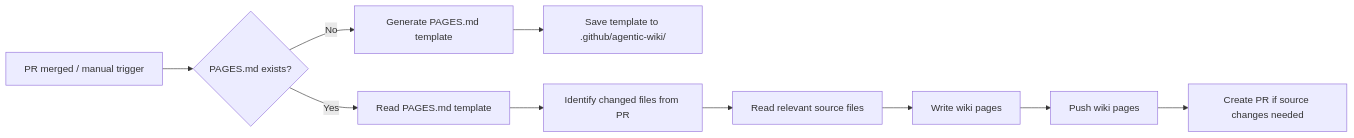
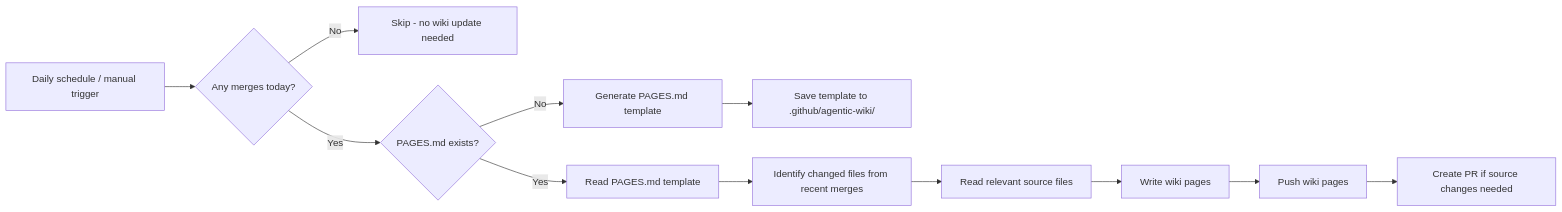
Before and after one commit to githubnext/agentics: the diagram in docs/agentic-wiki-writer.md, drawn with Mermaid. The commit also changed other lines of this file and 1 other file, not shown here.

First line of the commit message:
Run Agentic Wiki Writer on a daily schedule instead of on closed PRs (#268)

````diff
--- a/docs/agentic-wiki-writer.md
+++ b/docs/agentic-wiki-writer.md
@@ -26,12 +26,14 @@
 ```mermaid
 graph LR
-    A[PR merged / manual trigger] --> B{PAGES.md exists?}
-    B -->|No| C[Generate PAGES.md template]
-    B -->|Yes| D[Read PAGES.md template]
-    C --> E[Save template to .github/agentic-wiki/]
-    D --> F[Identify changed files from PR]
-    F --> G[Read relevant source files]
-    G --> H[Write wiki pages]
-    H --> I[Push wiki pages]
-    I --> J[Create PR if source changes needed]
+    A[Daily schedule / manual trigger] --> B{Any merges today?}
+    B -->|No| C[Skip - no wiki update needed]
+    B -->|Yes| D{PAGES.md exists?}
+    D -->|No| E[Generate PAGES.md template]
+    D -->|Yes| F[Read PAGES.md template]
+    E --> G[Save template to .github/agentic-wiki/]
+    F --> H[Identify changed files from recent merges]
+    H --> I[Read relevant source files]
+    I --> J[Write wiki pages]
+    J --> K[Push wiki pages]
+    K --> L[Create PR if source changes needed]
 ```
````
